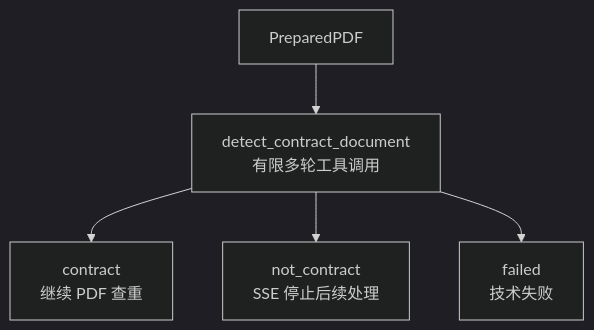
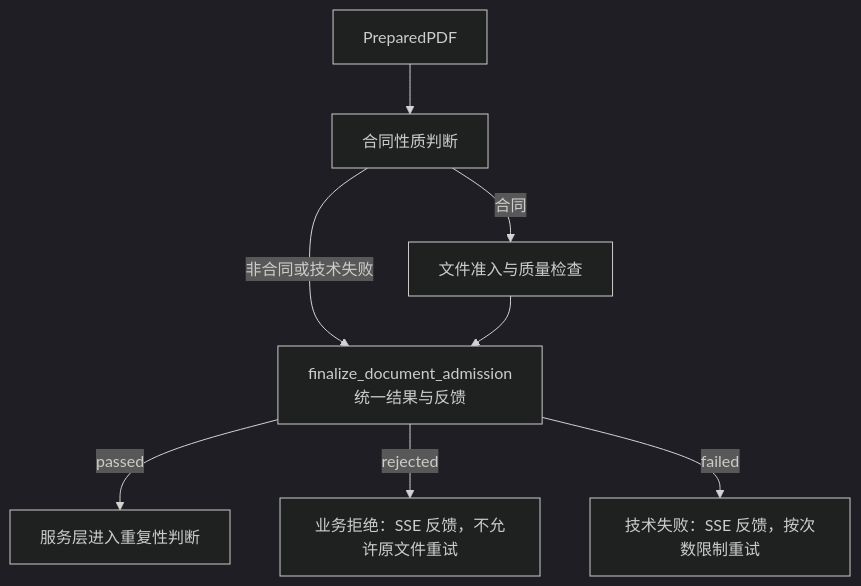
Before and after one commit to caicai-6666/contract-service-be: the diagram in description/architecture/workflow/contract-document-detection/readme.md, drawn with Mermaid (dark theme). The commit also changed other lines of this file and 351 other files, not shown here.

````diff
--- a/description/architecture/workflow/contract-document-detection/readme.md
+++ b/description/architecture/workflow/contract-document-detection/readme.md
@@ -21,13 +21,10 @@
 ```mermaid
 flowchart TD
-    input["PreparedPDF"]
-    detect["detect_contract_document<br/>有限多轮工具调用"]
-    contract["contract<br/>继续 PDF 查重"]
-    not_contract["not_contract<br/>SSE 停止后续处理"]
-    failed["failed<br/>技术失败"]
-
-    input --> detect
-    detect --> contract
-    detect --> not_contract
-    detect --> failed
+    input["PreparedPDF"] --> detect["合同性质判断"]
+    detect -->|合同| quality["文件准入与质量检查"]
+    detect -->|非合同或技术失败| finalize["finalize_document_admission<br/>统一结果与反馈"]
+    quality --> finalize
+    finalize -->|passed| dedup["服务层进入重复性判断"]
+    finalize -->|rejected| reject["业务拒绝：SSE 反馈，不允许原文件重试"]
+    finalize -->|failed| fail["技术失败：SSE 反馈，按次数限制重试"]
 ```
````
